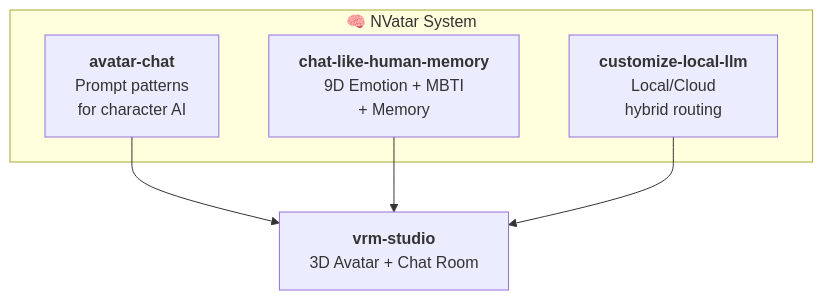
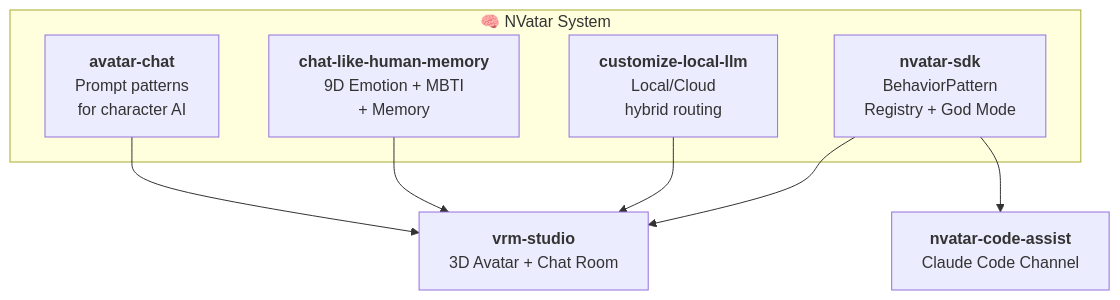
Before and after one commit to nskit-io/nvatar: the diagram in README.md, drawn with Mermaid. The commit also changed other lines of this file, not shown here.

First line of the commit message:
docs: add SDK + Code Assist to architecture diagram and project listing

````diff
--- a/README.md
+++ b/README.md
@@ -25,19 +25,25 @@
 ```mermaid
 graph TB
     subgraph NVatar["🧠 NVatar System"]
         AC["<b>avatar-chat</b><br/>Prompt patterns<br/>for character AI"]
         CM["<b>chat-like-human-memory</b><br/>9D Emotion + MBTI<br/>+ Memory"]
         CL["<b>customize-local-llm</b><br/>Local/Cloud<br/>hybrid routing"]
+        SK["<b>nvatar-sdk</b><br/>BehaviorPattern<br/>Registry + God Mode"]
     end
 
     AC --> VS
     CM --> VS
     CL --> VS
+    SK --> VS
+    SK --> CA
 
     VS["<b>vrm-studio</b><br/>3D Avatar + Chat Room"]
+    CA["<b>nvatar-code-assist</b><br/>Claude Code Channel"]
 
     click AC "https://github.com/nskit-io/avatar-chat"
     click CM "https://github.com/nskit-io/chat-like-human-memory"
     click CL "https://github.com/nskit-io/customize-local-llm"
     click VS "https://github.com/nskit-io/vrm-studio"
+    click SK "https://github.com/nskit-io/nvatar-sdk"
+    click CA "https://github.com/nskit-io/nvatar-code-assist"
 ```
````
